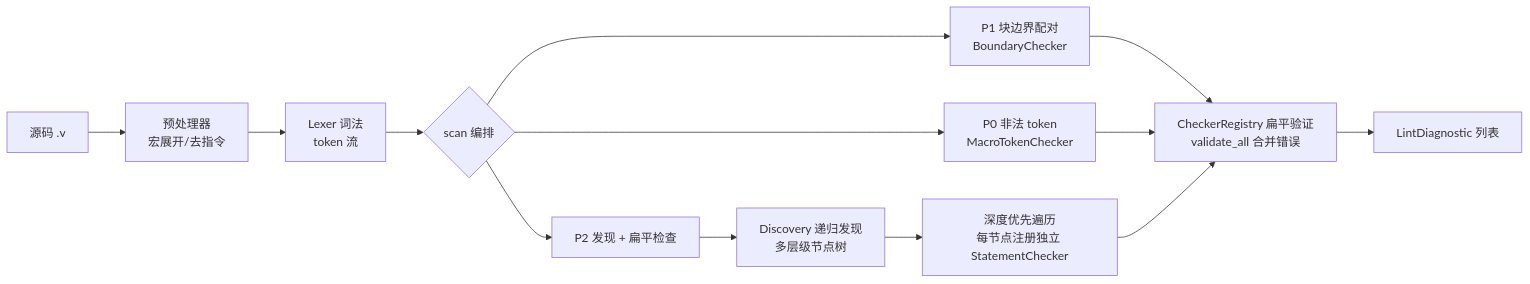
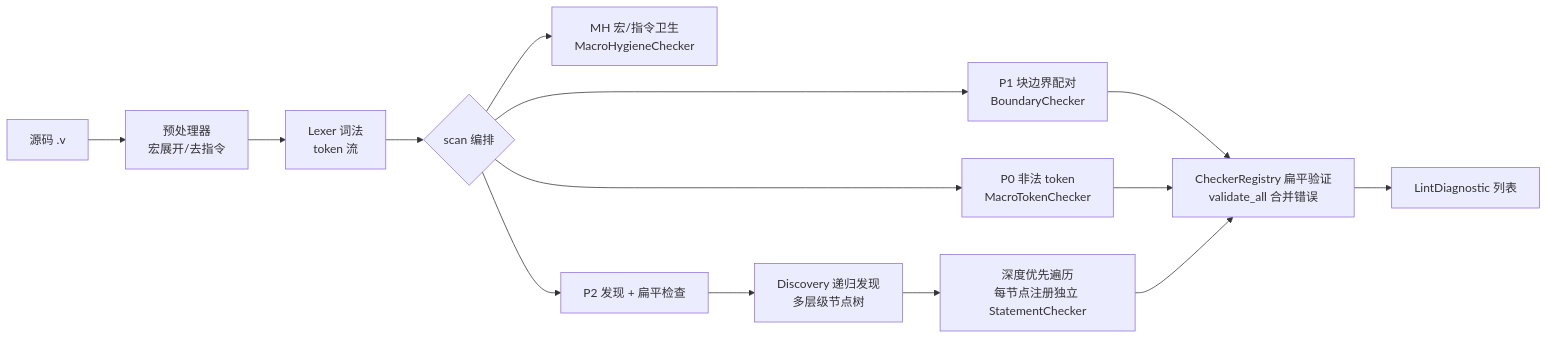
One commit to DogStraight/trans-paradigm-compiler changed the first of 5 diagrams in linter/linter_architecture.md. Above: the diagram before and after it, drawn with Mermaid. The commit also changed other lines of this file and 13 other files, not shown here.

````diff
--- a/linter/linter_architecture.md
+++ b/linter/linter_architecture.md
@@ -24,15 +24,16 @@
 ```mermaid
 flowchart LR
     A[源码 .v] --> B["预处理器<br/>宏展开/去指令"]
     B --> C[Lexer 词法<br/>token 流]
     C --> D{scan 编排}
     D --> E[P1 块边界配对<br/>BoundaryChecker]
     D --> F[P0 非法 token<br/>MacroTokenChecker]
+    D --> M[MH 宏/指令卫生<br/>MacroHygieneChecker]
     D --> G[P2 发现 + 扁平检查]
     G --> H[Discovery 递归发现<br/>多层级节点树]
     H --> I[深度优先遍历<br/>每节点注册独立 StatementChecker]
     E --> J[CheckerRegistry 扁平验证<br/>validate_all 合并错误]
     F --> J
     I --> J
     J --> K[LintDiagnostic 列表]
 ```
````
